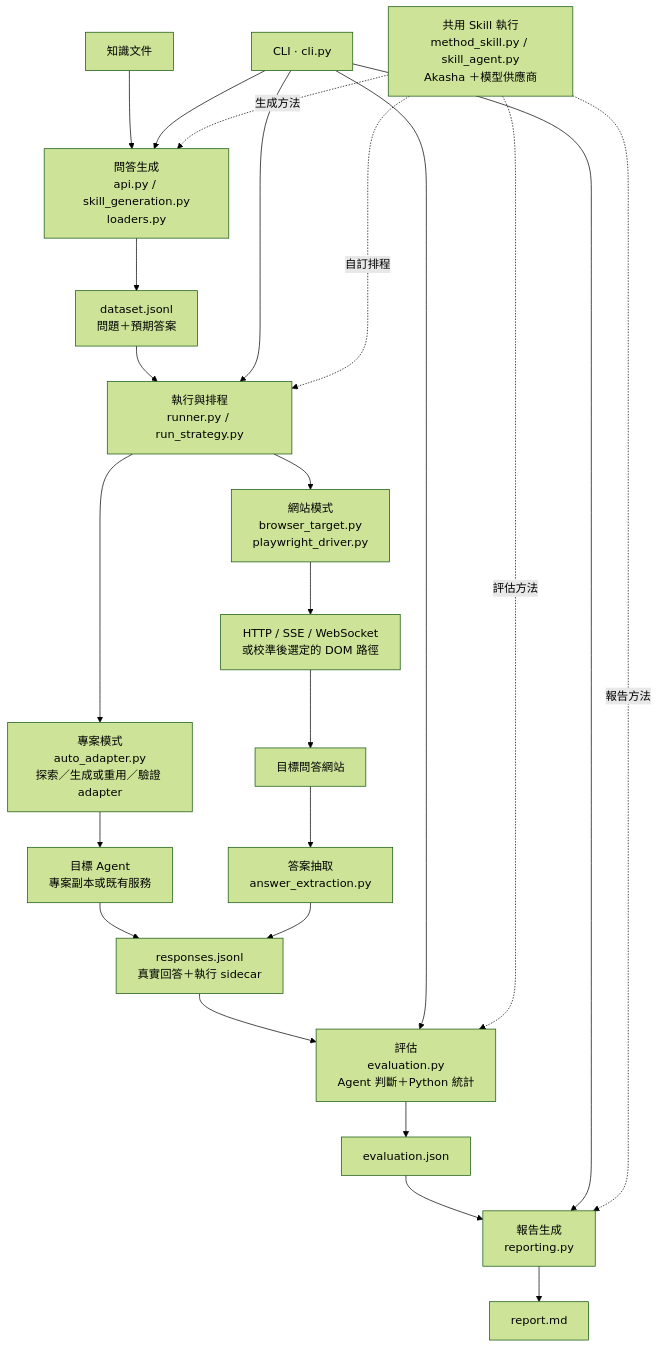
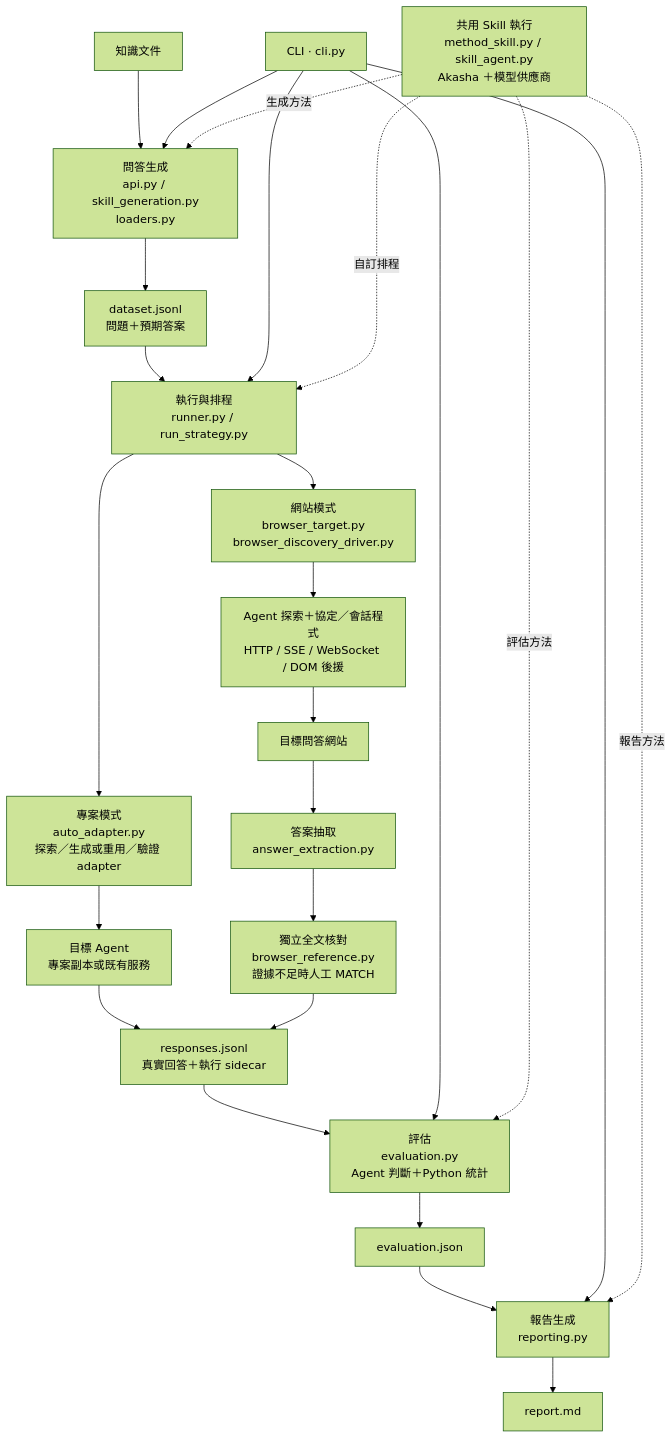
One commit to stoday/LLaDAR changed the diagram in docs/architecture.zh-TW.md. Above: the diagram before and after it, drawn with Mermaid (forest theme). The commit also changed other lines of this file and 121 other files, not shown here.

Commit message:
feat: add browser agent discovery and demonstration workflows

````diff
--- a/docs/architecture.zh-TW.md
+++ b/docs/architecture.zh-TW.md
@@ -5,28 +5,29 @@
 ```mermaid
 flowchart TB
     CLI["CLI · cli.py"]
     K["知識文件"] --> G["問答生成<br/>api.py / skill_generation.py<br/>loaders.py"]
     CLI --> G
     G --> D["dataset.jsonl<br/>問題＋預期答案"]
     D --> R["執行與排程<br/>runner.py / run_strategy.py"]
     CLI --> R
     R --> P["專案模式<br/>auto_adapter.py<br/>探索／生成或重用／驗證 adapter"]
-    R --> B["網站模式<br/>browser_target.py<br/>playwright_driver.py"]
+    R --> B["網站模式<br/>browser_target.py<br/>browser_discovery_driver.py"]
     P --> T["目標 Agent<br/>專案副本或既有服務"]
-    B --> H["HTTP / SSE / WebSocket<br/>或校準後選定的 DOM 路徑"]
+    B --> H["Agent 探索＋協定／會話程式<br/>HTTP / SSE / WebSocket / DOM 後援"]
     H --> W["目標問答網站"]
     W --> X["答案抽取<br/>answer_extraction.py"]
     T --> A["responses.jsonl<br/>真實回答＋執行 sidecar"]
-    X --> A
+    X --> V["獨立全文核對<br/>browser_reference.py<br/>證據不足時人工 MATCH"]
+    V --> A
     A --> E["評估<br/>evaluation.py<br/>Agent 判斷＋Python 統計"]
     CLI --> E
     E --> J["evaluation.json"]
     J --> F["報告生成<br/>reporting.py"]
     CLI --> F
     F --> M["report.md"]
     S["共用 Skill 執行<br/>method_skill.py / skill_agent.py<br/>Akasha ＋模型供應商"]
     S -. "生成方法" .-> G
     S -. "自訂排程" .-> R
     S -. "評估方法" .-> E
     S -. "報告方法" .-> F
 ```
````
